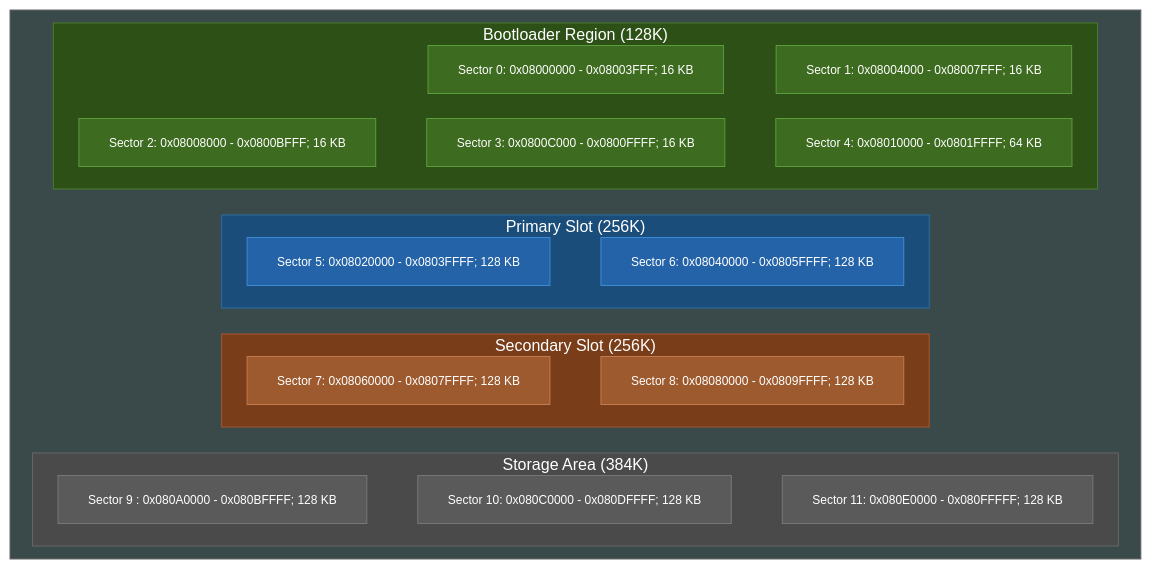
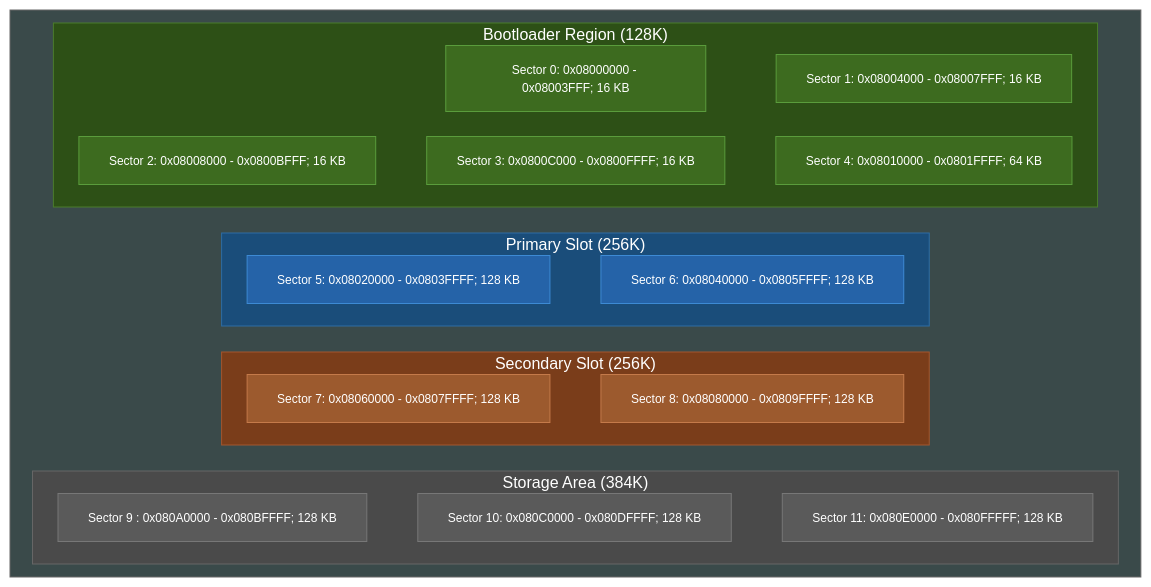
The diagram in README.md (EvgeniyGA/wicked_boot), drawn with Mermaid before and after one commit.

````diff
--- a/README.md
+++ b/README.md
@@ -17,61 +17,61 @@
 ```mermaid
 flowchart TB
 
     %%{init: {'flowchart': {'nodeSpacing': 25, 'rankSpacing': 1,'useMaxWidth': false}}}%%
     subgraph STM32F407[" "]
         direction TB
         
         subgraph BOOT["Bootloader Region (128K)"]
-            B1["<nobr>Sector 0: 0x08000000 - 0x08003FFF; 16 KB</nobr>"]
+            B1["Sector 0: 0x08000000 - 0x08003FFF; 16 KB"]
             B2["<nobr>Sector 1: 0x08004000 - 0x08007FFF; 16 KB</nobr>"]
             B3["<nobr>Sector 2: 0x08008000 - 0x0800BFFF; 16 KB</nobr>"]
             B4["<nobr>Sector 3: 0x0800C000 - 0x0800FFFF; 16 KB</nobr>"]
             B5["<nobr>Sector 4: 0x08010000 - 0x0801FFFF; 64 KB</nobr>"]
             B1 ~~~ B2
             B3 ~~~ B4
 			B4 ~~~ B5
         end
         
         subgraph PRIMARY["Primary Slot (256K)"]
 			P1["<nobr>Sector 5: 0x08020000 - 0x0803FFFF; 128 KB</nobr>"]
 			P2["<nobr>Sector 6: 0x08040000 - 0x0805FFFF; 128 KB</nobr>"]
 			P1 ~~~ P2
         end
         
         subgraph SECONDARY["Secondary Slot (256K)"]
 			S1["<nobr>Sector 7: 0x08060000 - 0x0807FFFF; 128 KB</nobr>"]
 			S2["<nobr>Sector 8: 0x08080000 - 0x0809FFFF; 128 KB</nobr>"]
 			S1 ~~~ S2
         end
         
         subgraph SCRATCH["Storage Area (384K)"]
             SC1["<nobr>Sector 9 : 0x080A0000 - 0x080BFFFF; 128 KB</nobr>"]
 			SC2["<nobr>Sector 10: 0x080C0000 - 0x080DFFFF; 128 KB</nobr>"]
 			SC3["<nobr>Sector 11: 0x080E0000 - 0x080FFFFF; 128 KB</nobr>"]
 			SC1 ~~~ SC2
 			SC2 ~~~ SC3
         end
 
         BOOT ~~~ PRIMARY
         PRIMARY ~~~ SECONDARY
         SECONDARY ~~~ SCRATCH
     end
 
     style STM32F407 fill:#3a4a4a,stroke:#666,stroke-width:1px,color:#fff
     style BOOT fill:#2d5016,stroke:#4a7c2c,stroke-width:1px,color:#fff
     style PRIMARY fill:#1a4d7a,stroke:#2e6da4,stroke-width:1px,color:#fff
     style SECONDARY fill:#7a3d1a,stroke:#a4562e,stroke-width:1px,color:#fff
     style SCRATCH fill:#4a4a4a,stroke:#666,stroke-width:1px,color:#fff
     style B1 fill:#3d6b1f,stroke:#5a9c3c,stroke-width:1px,color:#fff,font-size:12px
     style B2 fill:#3d6b1f,stroke:#5a9c3c,stroke-width:1px,color:#fff,font-size:12px
     style B3 fill:#3d6b1f,stroke:#5a9c3c,stroke-width:1px,color:#fff,font-size:12px
     style B4 fill:#3d6b1f,stroke:#5a9c3c,stroke-width:1px,color:#fff,font-size:12px
     style B5 fill:#3d6b1f,stroke:#5a9c3c,stroke-width:1px,color:#fff,font-size:12px
     style P1 fill:#2563a8,stroke:#3d8ad4,stroke-width:1px,color:#fff,font-size:12px
     style P2 fill:#2563a8,stroke:#3d8ad4,stroke-width:1px,color:#fff,font-size:12px
     style S1 fill:#9c5a2e,stroke:#c47a4a,stroke-width:1px,color:#fff,font-size:12px
     style S2 fill:#9c5a2e,stroke:#c47a4a,stroke-width:1px,color:#fff,font-size:12px
     style SC1 fill:#5a5a5a,stroke:#777,stroke-width:1px,color:#fff,font-size:12px
     style SC2 fill:#5a5a5a,stroke:#777,stroke-width:1px,color:#fff,font-size:12px
     style SC3 fill:#5a5a5a,stroke:#777,stroke-width:1px,color:#fff,font-size:12px
 ```
````
